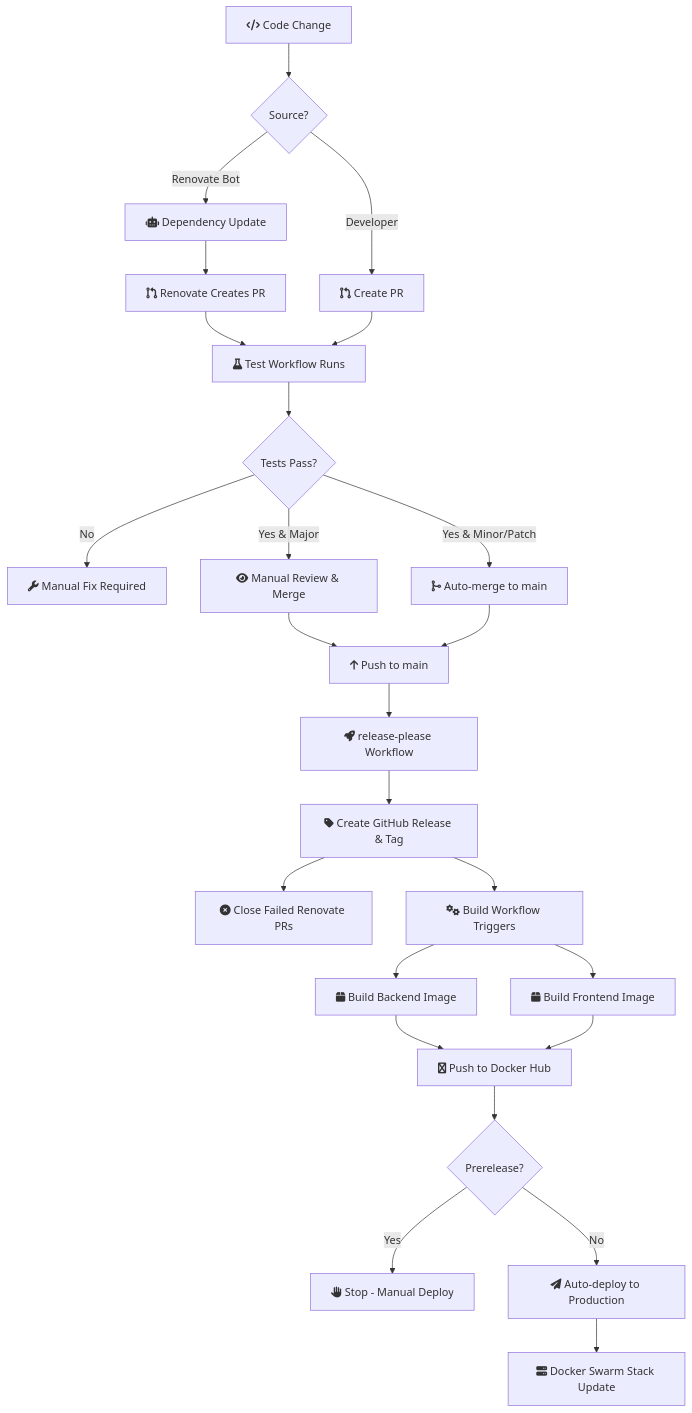
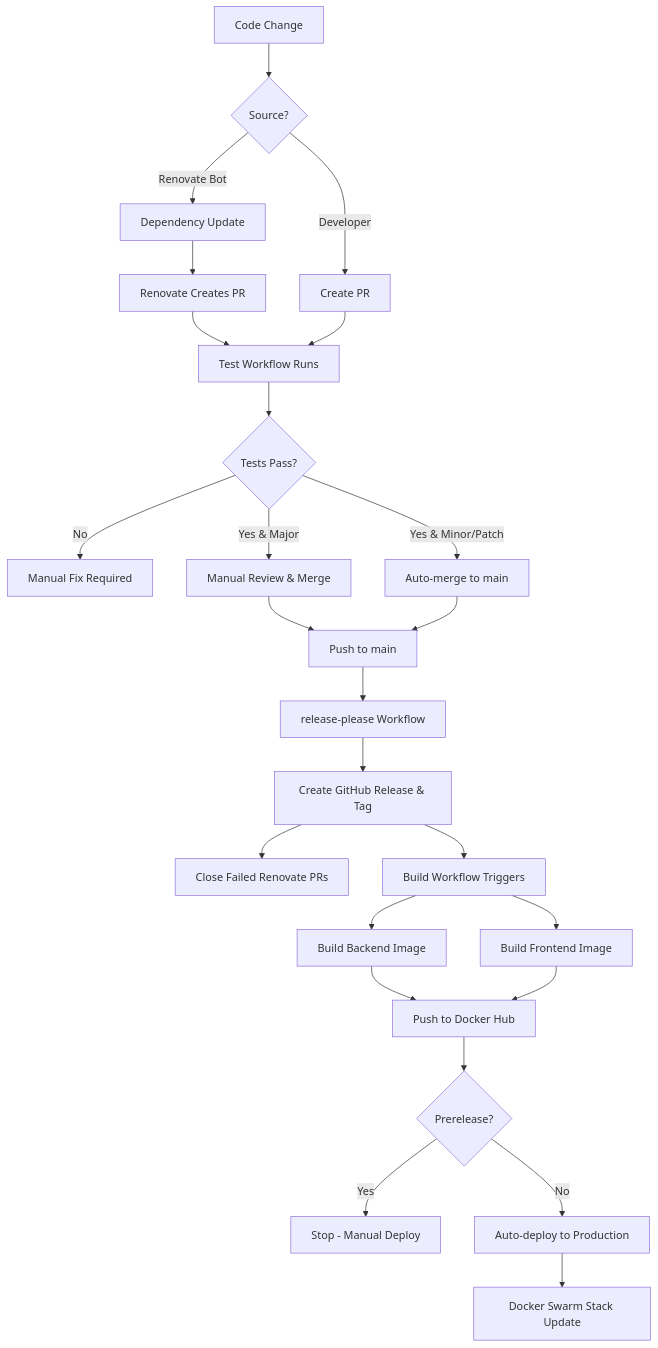
Before and after one commit to goatheckler/cr-browser: the diagram in README.md, drawn with Mermaid.

Commit message:
fix: remove unsupported FontAwesome icons from mermaid diagram

````diff
--- a/README.md
+++ b/README.md
@@ -113,36 +113,36 @@
 ```mermaid
 flowchart TD
-    A["fa:fa-code Code Change"] --> B{Source?}
-    B -->|Developer| C["fa:fa-code-pull-request Create PR"]
-    B -->|Renovate Bot| D["fa:fa-robot Dependency Update"]
+    A[Code Change] --> B{Source?}
+    B -->|Developer| C[Create PR]
+    B -->|Renovate Bot| D[Dependency Update]
     
-    D --> E["fa:fa-code-pull-request Renovate Creates PR"]
-    E --> F["fa:fa-flask Test Workflow Runs"]
+    D --> E[Renovate Creates PR]
+    E --> F[Test Workflow Runs]
     
     C --> F
     
     F --> G{Tests Pass?}
-    G -->|No| H["fa:fa-wrench Manual Fix Required"]
-    G -->|Yes & Minor/Patch| I["fa:fa-code-merge Auto-merge to main"]
-    G -->|Yes & Major| J["fa:fa-eye Manual Review & Merge"]
+    G -->|No| H[Manual Fix Required]
+    G -->|Yes & Minor/Patch| I[Auto-merge to main]
+    G -->|Yes & Major| J[Manual Review & Merge]
     
-    J --> K["fa:fa-arrow-up Push to main"]
+    J --> K[Push to main]
     I --> K
     
-    K --> L["fa:fa-rocket release-please Workflow"]
-    L --> M["fa:fa-tag Create GitHub Release & Tag"]
+    K --> L[release-please Workflow]
+    L --> M[Create GitHub Release & Tag]
     
-    M --> N["fa:fa-times-circle Close Failed Renovate PRs"]
-    M --> O["fa:fa-cogs Build Workflow Triggers"]
-    O --> P["fa:fa-box Build Backend Image"]
-    O --> Q["fa:fa-box Build Frontend Image"]
+    M --> N[Close Failed Renovate PRs]
+    M --> O[Build Workflow Triggers]
+    O --> P[Build Backend Image]
+    O --> Q[Build Frontend Image]
     
-    P --> R["fa:fa-docker Push to Docker Hub"]
+    P --> R[Push to Docker Hub]
     Q --> R
     
     R --> S{Prerelease?}
-    S -->|Yes| T["fa:fa-hand-paper Stop - Manual Deploy"]
-    S -->|No| U["fa:fa-paper-plane Auto-deploy to Production"]
+    S -->|Yes| T[Stop - Manual Deploy]
+    S -->|No| U[Auto-deploy to Production]
     
-    U --> V["fa:fa-server Docker Swarm Stack Update"]
+    U --> V[Docker Swarm Stack Update]
 ```
````
